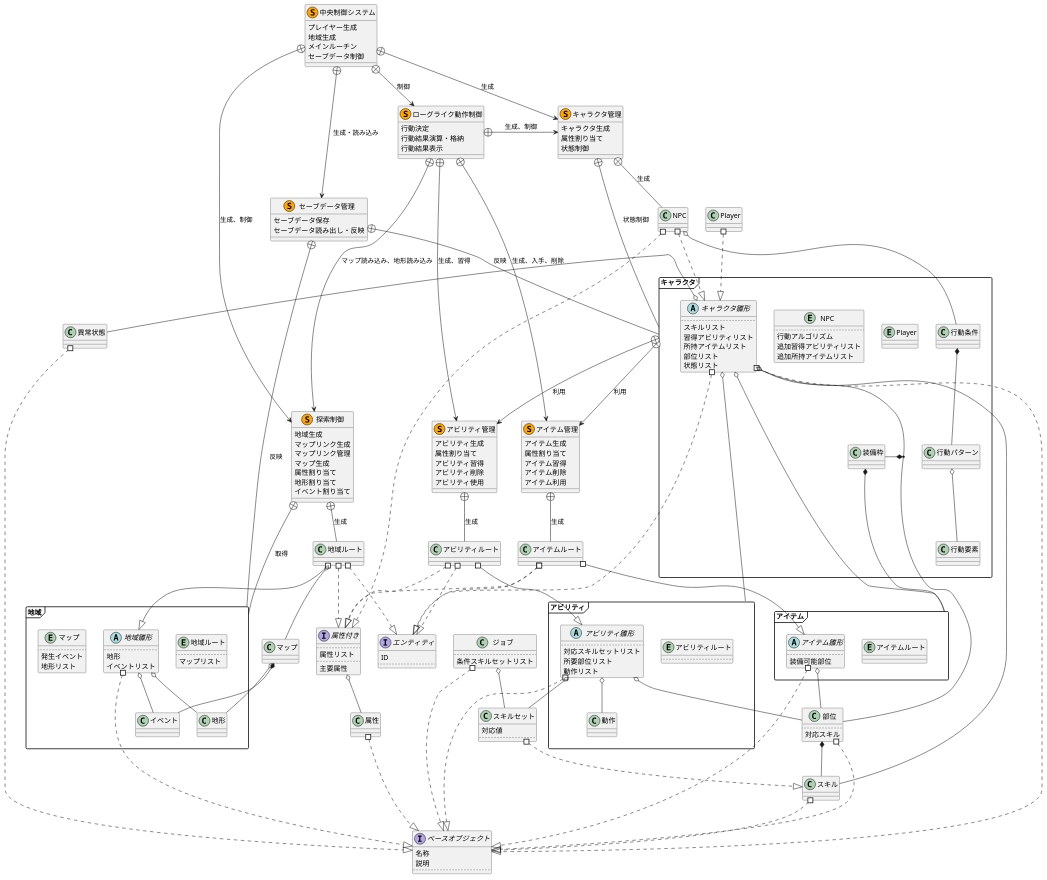
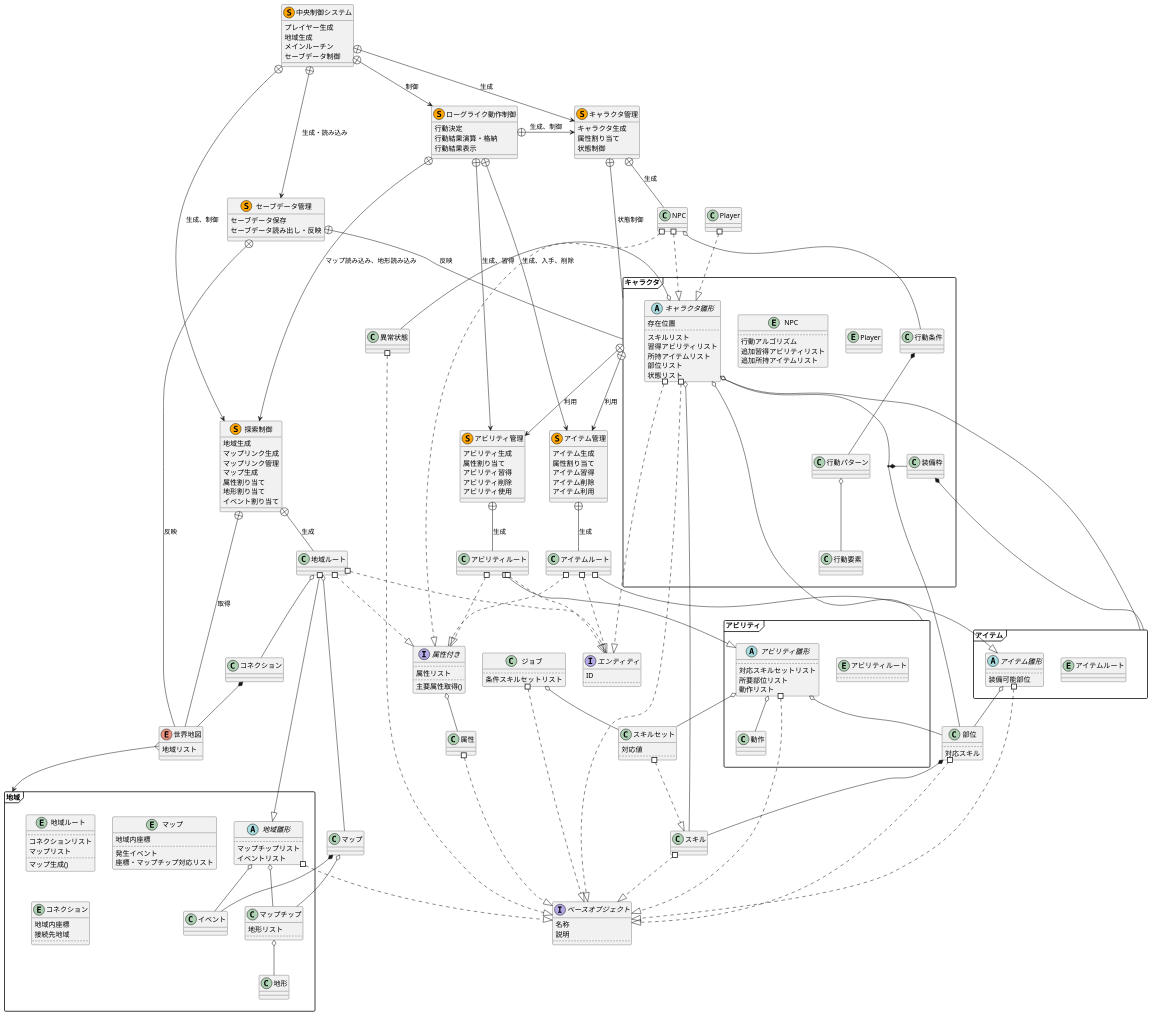
One commit to eckolo/RogueLikeLike changed the diagram in Memo/Uml.wsd. Above: the diagram before and after it, drawn with PlantUML.

Commit message:
地域データ周りの構成整理

```diff
--- a/Memo/Uml.wsd
+++ b/Memo/Uml.wsd
@@ -41,7 +41,7 @@
 	..
 	属性リスト
 	..
-	主要属性
+	主要属性取得()
 }
 属性付き o-- 属性
 
@@ -84,34 +84,51 @@
 namespace 地域{
 	entity 地域ルート{
 		..
+		コネクションリスト
 		マップリスト
+		..
+		マップ生成()
 	}
 	abstract 地域雛形{
 		..
-		地形
+		マップチップリスト
 		イベントリスト
 	}
+	class マップチップ{
+		地形リスト
+		..
+	}
 	class 地形
+	マップチップ o-- 地形
 	class イベント
 	entity マップ{
+		地域内座標
 		..
 		発生イベント
-		地形リスト
+		座標・マップチップ対応リスト
 	}
-	.マップ o-- 地形
+	.マップ o-- マップチップ
 	.マップ *-- イベント
+	entity コネクション{
+		地域内座標
+		接続先地域
+		..
+	}
 
 	.地域ルート #--^ 地域雛形
 	地域雛形 #..^ .ベースオブジェクト
-	地域雛形 o-- 地形
+	地域雛形 o-- マップチップ
 	地域雛形 o-- イベント
 	.地域ルート o-- .マップ
+	.地域ルート o-- .コネクション
 }
 地域ルート #..^ エンティティ
 地域ルート #..^ 属性付き
+.コネクション *-- 世界地図
 
 namespace キャラクタ{
 	abstract キャラクタ雛形{
+		存在位置
 		..
 		スキルリスト
 		習得アビリティリスト
@@ -151,6 +168,11 @@
 キャラクタ.キャラクタ雛形 o- 異常状態
 キャラクタ.キャラクタ雛形 o- アイテム
 
+enum 世界地図{
+	地域リスト
+}
+
+世界地図 }--> 地域
 
 class 探索制御 <<(S,orange)>>{
 	地域生成
@@ -162,7 +184,7 @@
 	イベント割り当て
 }
 探索制御 +-- .地域ルート : 生成
-探索制御 +-- 地域 : 取得
+探索制御 +-- 世界地図 : 取得
 
 class アビリティ管理 <<(S,orange)>>{
 	アビリティ生成
@@ -206,7 +228,7 @@
 	セーブデータ保存
 	セーブデータ読み出し・反映
 }
-セーブデータ管理 +-- 地域 : 反映
+セーブデータ管理 +-- 世界地図 : 反映
 セーブデータ管理 +-- キャラクタ : 反映
 
 class 中央制御システム <<(S,orange)>>{
```
